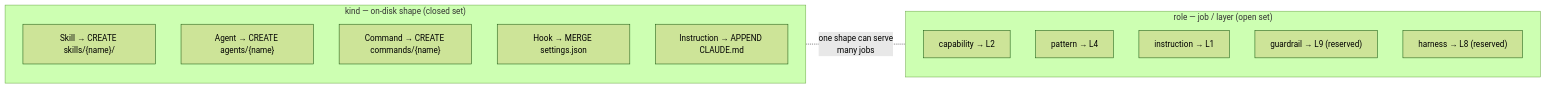
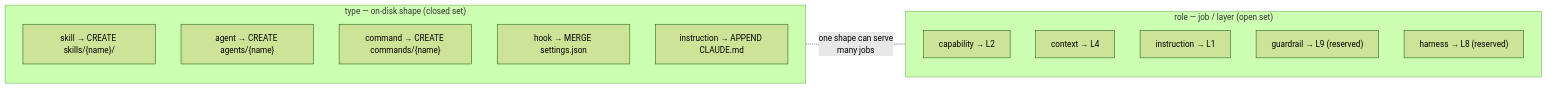
The sixth of 7 diagrams in README.md (darkquasar/patronus), drawn with Mermaid (forest theme) before and after one commit. The commit also changed other lines of this file, not shown here.

First line of the commit message:
Schema v2 R5: docs — ontology diagram + v2 vocabulary in README

````diff
--- a/README.md
+++ b/README.md
@@ -178,18 +226,18 @@
 ```mermaid
 flowchart LR
-    subgraph Kinds["kind — on-disk shape (closed set)"]
-        K1["Skill → CREATE skills/{name}/"]
-        K2["Agent → CREATE agents/{name}"]
-        K3["Command → CREATE commands/{name}"]
-        K4["Hook → MERGE settings.json"]
-        K5["Instruction → APPEND CLAUDE.md"]
+    subgraph Types["type — on-disk shape (closed set)"]
+        K1["skill → CREATE skills/{name}/"]
+        K2["agent → CREATE agents/{name}"]
+        K3["command → CREATE commands/{name}"]
+        K4["hook → MERGE settings.json"]
+        K5["instruction → APPEND CLAUDE.md"]
     end
     subgraph Roles["role — job / layer (open set)"]
         R1["capability → L2"]
-        R2["pattern → L4"]
+        R2["context → L4"]
         R3["instruction → L1"]
         R4["guardrail → L9 (reserved)"]
         R5["harness → L8 (reserved)"]
     end
-    Kinds -. "one shape can serve<br/>many jobs" .- Roles
+    Types -. "one shape can serve<br/>many jobs" .- Roles
 ```
````
